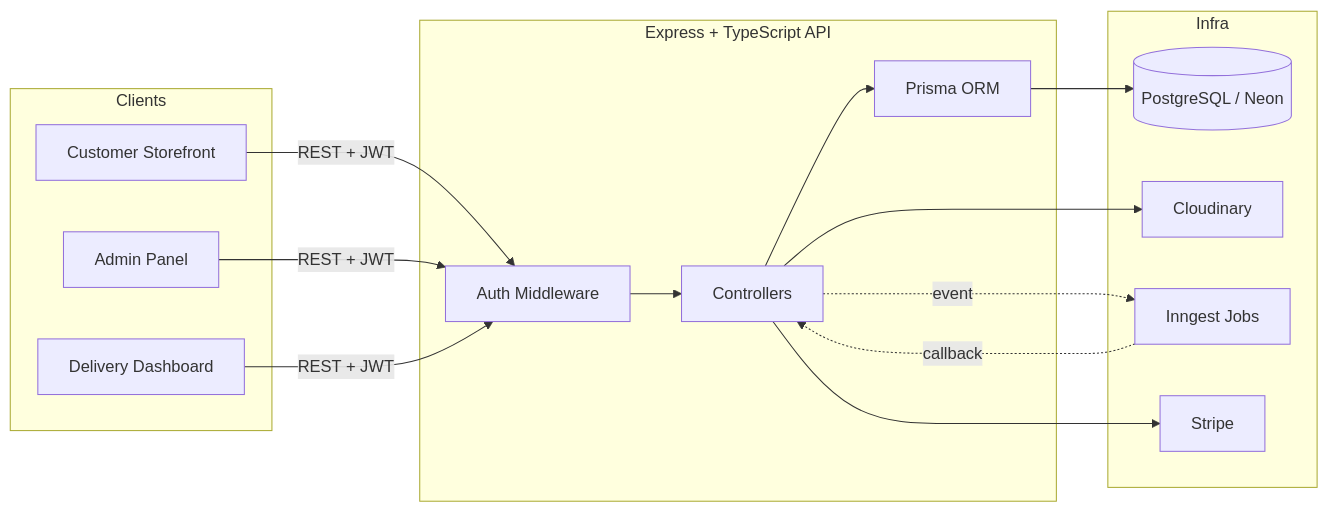
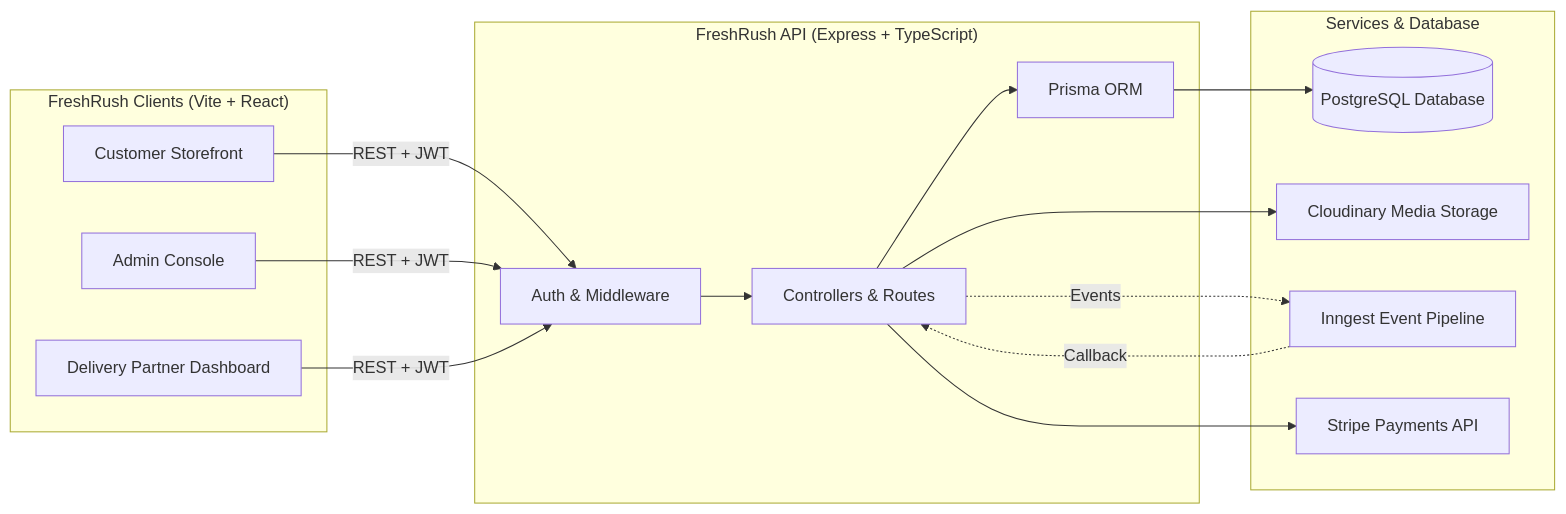
One commit to anilbodaballa/freshrush changed the diagram in readme.md. Above: the diagram before and after it, drawn with Mermaid. The commit also changed other lines of this file, not shown here.

Commit message:
docs: overhaul root README.md with complete FreshRush architecture and branding

````diff
--- a/readme.md
+++ b/readme.md
@@ -77,30 +54,30 @@
 ```mermaid
 flowchart LR
-    subgraph Clients
+    subgraph Clients["FreshRush Clients (Vite + React)"]
         A[Customer Storefront]
-        B[Admin Panel]
-        C[Delivery Dashboard]
+        B[Admin Console]
+        C[Delivery Partner Dashboard]
     end
 
-    subgraph Backend["Express + TypeScript API"]
-        D[Auth Middleware]
-        E[Controllers]
+    subgraph Backend["FreshRush API (Express + TypeScript)"]
+        D[Auth & Middleware]
+        E[Controllers & Routes]
         F[Prisma ORM]
     end
 
-    subgraph Infra
-        G[(PostgreSQL / Neon)]
-        H[Cloudinary]
-        I[Inngest Jobs]
-        J[Stripe]
+    subgraph Infrastructure["Services & Database"]
+        G[(PostgreSQL Database)]
+        H[Cloudinary Media Storage]
+        I[Inngest Event Pipeline]
+        J[Stripe Payments API]
     end
 
     A -->|REST + JWT| D
     B -->|REST + JWT| D
     C -->|REST + JWT| D
     D --> E --> F --> G
     E --> H
     E --> J
-    E -.event.-> I
-    I -.callback.-> E
+    E -.Events.-> I
+    I -.Callback.-> E
 ```
````
